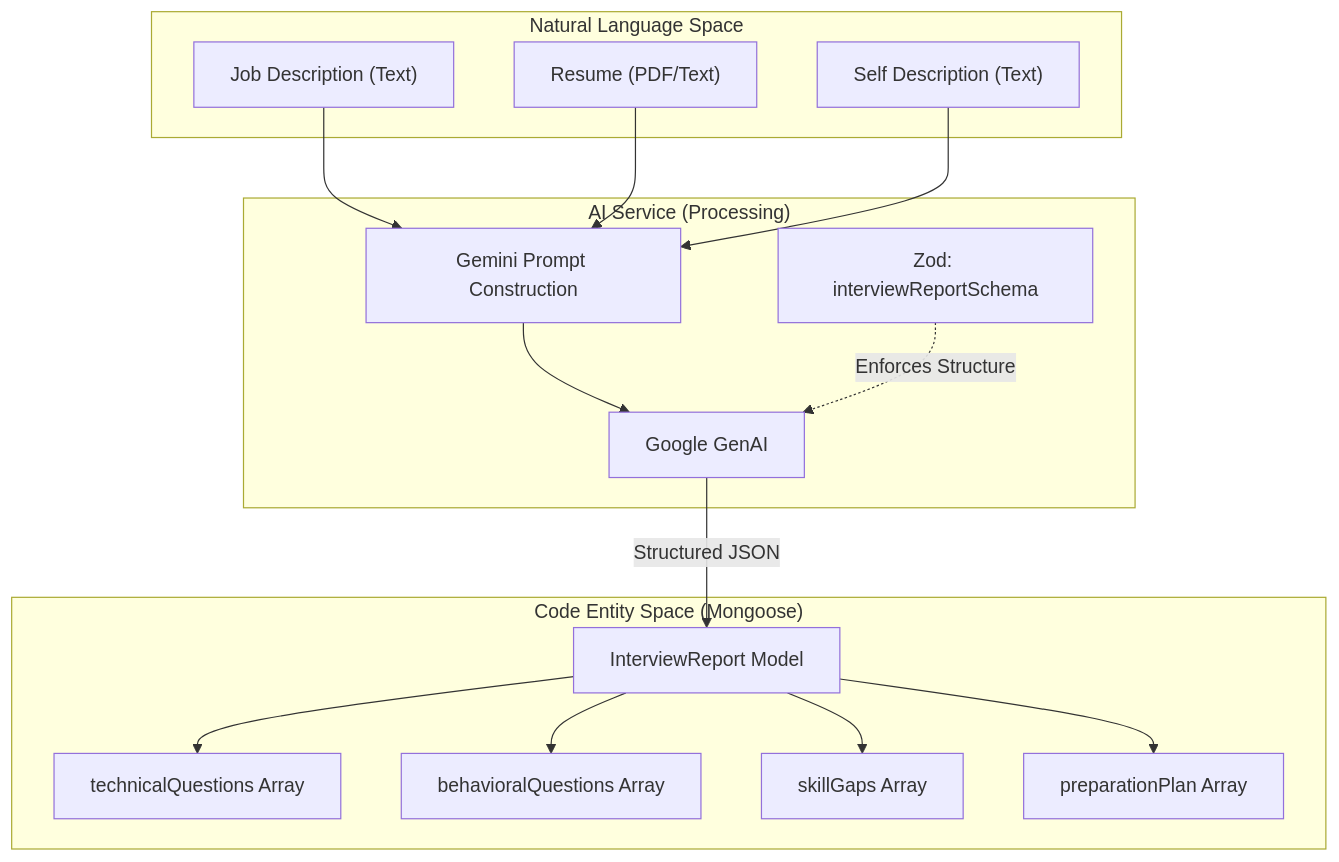
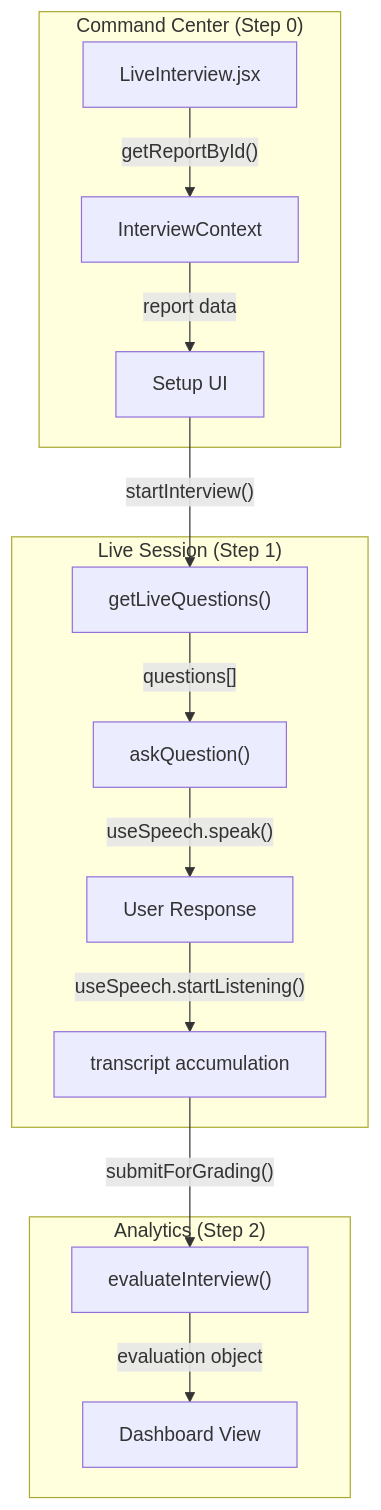
Before and after one commit to harshitzofficial/Job-Prep-Platform: diagram 13 of 15 in README.md, drawn with Mermaid. The commit also changed other lines of this file, not shown here.

````diff
--- a/README.md
+++ b/README.md
@@ -1062,28 +870,19 @@
 ```mermaid
 graph TD
-    subgraph "Natural Language Space"
-        JD["Job Description (Text)"]
-        Res["Resume (PDF/Text)"]
-        SD["Self Description (Text)"]
+    subgraph "Command Center (Step 0)"
+        A["LiveInterview.jsx"] -- "getReportById()" --> B["InterviewContext"]
+        B -- "report data" --> C["Setup UI"]
     end
-
-    subgraph "AI Service (Processing)"
-        Schema["Zod: interviewReportSchema"]
-        Prompt["Gemini Prompt Construction"]
-        Gemini["Google GenAI"]
+ 
+    subgraph "Live Session (Step 1)"
+        C -- "startInterview()" --> D["getLiveQuestions()"]
+        D -- "questions[]" --> E["askQuestion()"]
+        E -- "useSpeech.speak()" --> F["User Response"]
+        F -- "useSpeech.startListening()" --> G["transcript accumulation"]
     end
-
-    subgraph "Code Entity Space (Mongoose)"
-        IR["InterviewReport Model"]
-        TQ["technicalQuestions Array"]
-        BQ["behavioralQuestions Array"]
-        SG["skillGaps Array"]
-        PP["preparationPlan Array"]
+ 
+    subgraph "Analytics (Step 2)"
+        G -- "submitForGrading()" --> H["evaluateInterview()"]
+        H -- "evaluation object" --> I["Dashboard View"]
     end
-
-    JD & Res & SD --> Prompt
-    Prompt --> Gemini
-    Schema -. "Enforces Structure" .-> Gemini
-    Gemini -- "Structured JSON" --> IR
-    IR --> TQ & BQ & SG & PP
 ```
````
